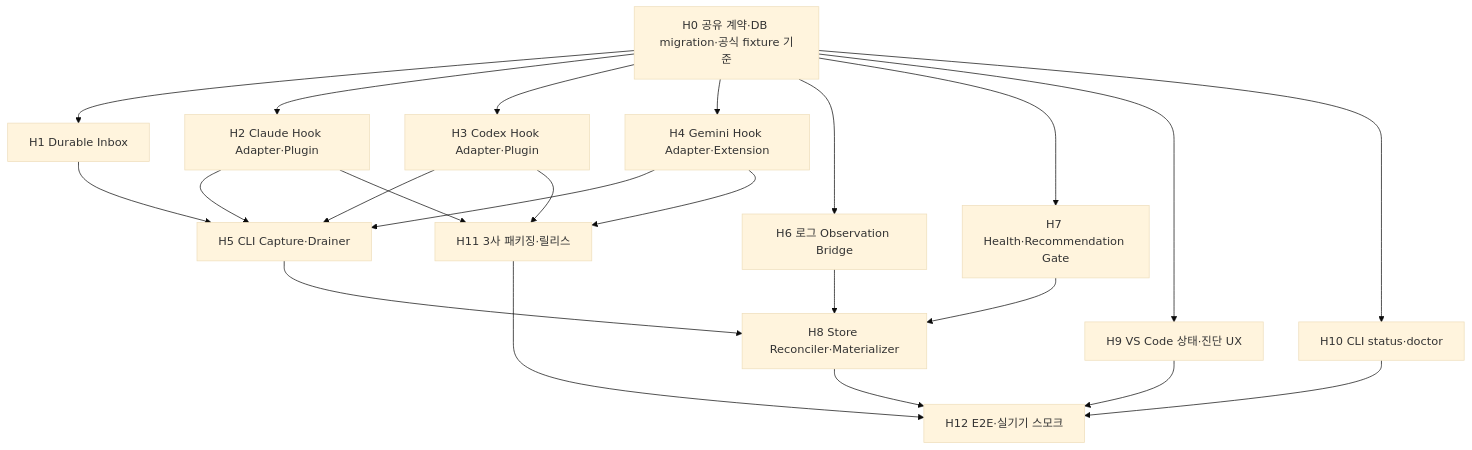
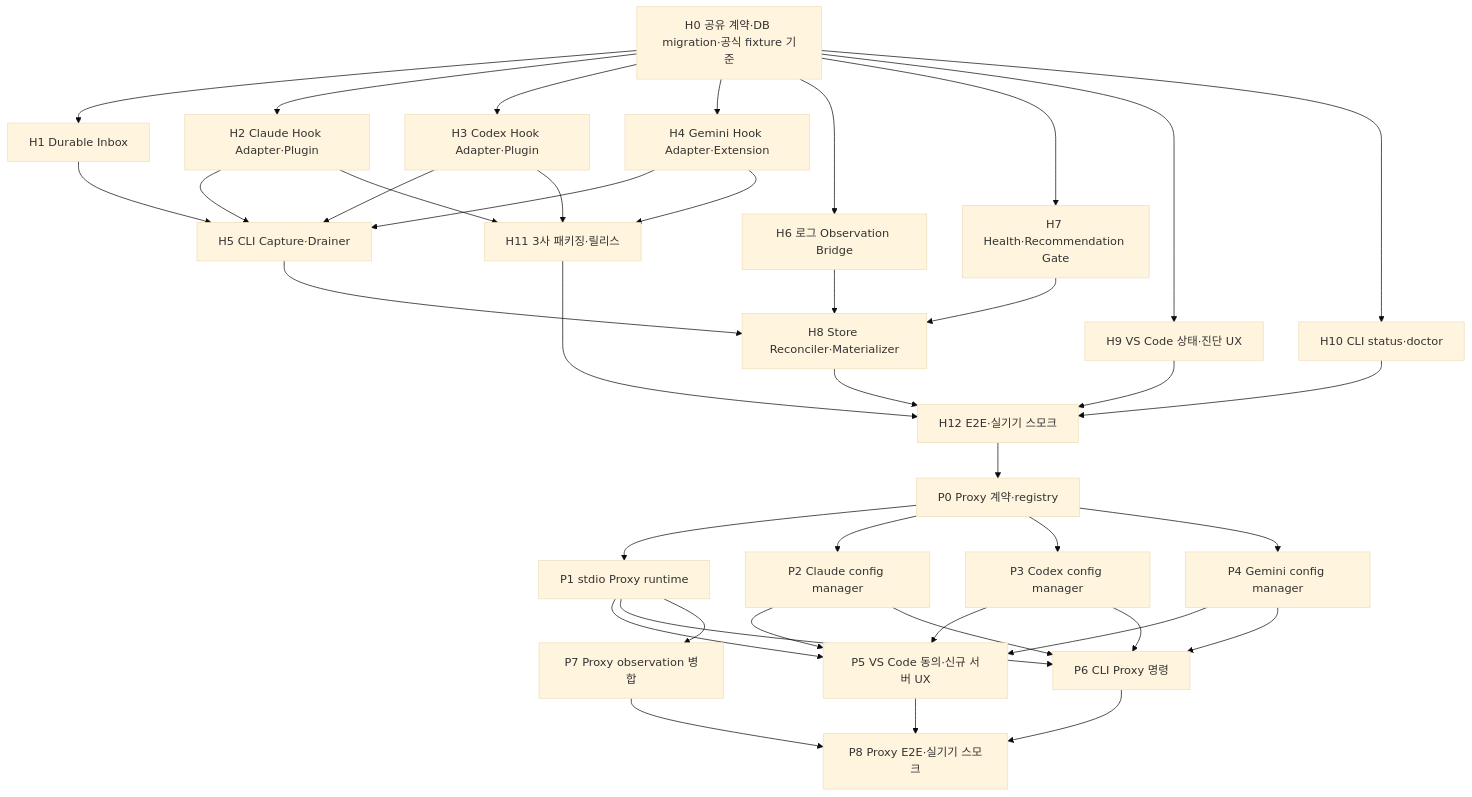
The third of 3 diagrams in docs/designs/2026-07-20-공식-hook-우선-수집-설계.md (seodduu/MCPLens), drawn with Mermaid (base theme) before and after one commit. The commit also changed other lines of this file, not shown here.

Commit message:
docs: add consent-based proxy design

````diff
--- a/docs/designs/2026-07-20-공식-hook-우선-수집-설계.md
+++ b/docs/designs/2026-07-20-공식-hook-우선-수집-설계.md
@@ -483,32 +688,52 @@
 ```mermaid
 flowchart TD
     H0[H0 공유 계약·DB migration·공식 fixture 기준]
 
     H0 --> H1[H1 Durable Inbox]
     H0 --> H2[H2 Claude Hook Adapter·Plugin]
     H0 --> H3[H3 Codex Hook Adapter·Plugin]
     H0 --> H4[H4 Gemini Hook Adapter·Extension]
 
     H1 --> H5[H5 CLI Capture·Drainer]
     H2 --> H5
     H3 --> H5
     H4 --> H5
 
     H0 --> H6[H6 로그 Observation Bridge]
     H0 --> H7[H7 Health·Recommendation Gate]
 
     H5 --> H8[H8 Store Reconciler·Materializer]
     H6 --> H8
     H7 --> H8
 
     H0 --> H9[H9 VS Code 상태·진단 UX]
     H0 --> H10[H10 CLI status·doctor]
     H2 --> H11[H11 3사 패키징·릴리스]
     H3 --> H11
     H4 --> H11
 
     H9 --> H12[H12 E2E·실기기 스모크]
     H10 --> H12
     H11 --> H12
     H8 --> H12
+
+    H12 --> P0[P0 Proxy 계약·registry]
+    P0 --> P1[P1 stdio Proxy runtime]
+    P0 --> P2[P2 Claude config manager]
+    P0 --> P3[P3 Codex config manager]
+    P0 --> P4[P4 Gemini config manager]
+
+    P1 --> P5[P5 VS Code 동의·신규 서버 UX]
+    P2 --> P5
+    P3 --> P5
+    P4 --> P5
+    P1 --> P6[P6 CLI Proxy 명령]
+    P2 --> P6
+    P3 --> P6
+    P4 --> P6
+    P1 --> P7[P7 Proxy observation 병합]
+
+    P5 --> P8[P8 Proxy E2E·실기기 스모크]
+    P6 --> P8
+    P7 --> P8
 ```
````
